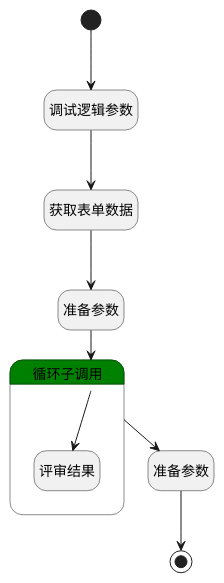
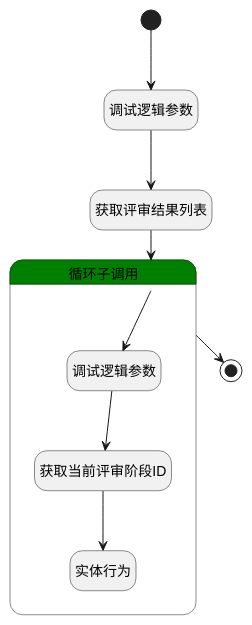
Before and after one commit to iBizLab/plm: the diagram in doc/docsify/module/TestMgmt/review_content/logic/set_review_result.md, drawn with PlantUML. The commit also changed other lines of this file and 2688 other files, not shown here.

````diff
--- a/doc/docsify/module/TestMgmt/review_content/logic/set_review_result.md
+++ b/doc/docsify/module/TestMgmt/review_content/logic/set_review_result.md
@@ -7,32 +7,32 @@
 ```plantuml
 @startuml
 hide empty description
 <style>
 root {
   HyperlinkColor #42b983
 }
 </style>
 
 hide empty description
 state "开始" as Begin <<start>> [[$./set_review_result#begin {"开始"}]]
 state "调试逻辑参数" as DEBUGPARAM1  [[$./set_review_result#debugparam1 {"调试逻辑参数"}]]
-state "获取表单数据" as BINDPARAM1  [[$./set_review_result#bindparam1 {"获取表单数据"}]]
-state "准备参数" as PREPAREPARAM2  [[$./set_review_result#prepareparam2 {"准备参数"}]]
+state "获取评审结果列表" as PREPAREPARAM1  [[$./set_review_result#prepareparam1 {"获取评审结果列表"}]]
 state "结束" as END1 <<end>> [[$./set_review_result#end1 {"结束"}]]
-state "准备参数" as PREPAREPARAM1  [[$./set_review_result#prepareparam1 {"准备参数"}]]
 state "循环子调用" as LOOPSUBCALL1  [[$./set_review_result#loopsubcall1 {"循环子调用"}]] #green {
-state "评审结果" as DEBUGPARAM3  [[$./set_review_result#debugparam3 {"评审结果"}]]
+state "调试逻辑参数" as DEBUGPARAM2  [[$./set_review_result#debugparam2 {"调试逻辑参数"}]]
+state "获取当前评审阶段ID" as PREPAREPARAM2  [[$./set_review_result#prepareparam2 {"获取当前评审阶段ID"}]]
+state "实体行为" as DEACTION1  [[$./set_review_result#deaction1 {"实体行为"}]]
 }
 
 
 Begin --> DEBUGPARAM1
-DEBUGPARAM1 --> BINDPARAM1
-BINDPARAM1 --> PREPAREPARAM2
-PREPAREPARAM2 --> LOOPSUBCALL1
-LOOPSUBCALL1 --> DEBUGPARAM3
-LOOPSUBCALL1 --> PREPAREPARAM1
-PREPAREPARAM1 --> END1
+DEBUGPARAM1 --> PREPAREPARAM1
+PREPAREPARAM1 --> LOOPSUBCALL1
+LOOPSUBCALL1 --> DEBUGPARAM2
+DEBUGPARAM2 --> PREPAREPARAM2
+PREPAREPARAM2 --> DEACTION1
+LOOPSUBCALL1 --> END1
 
 
 @enduml
 ```
````
